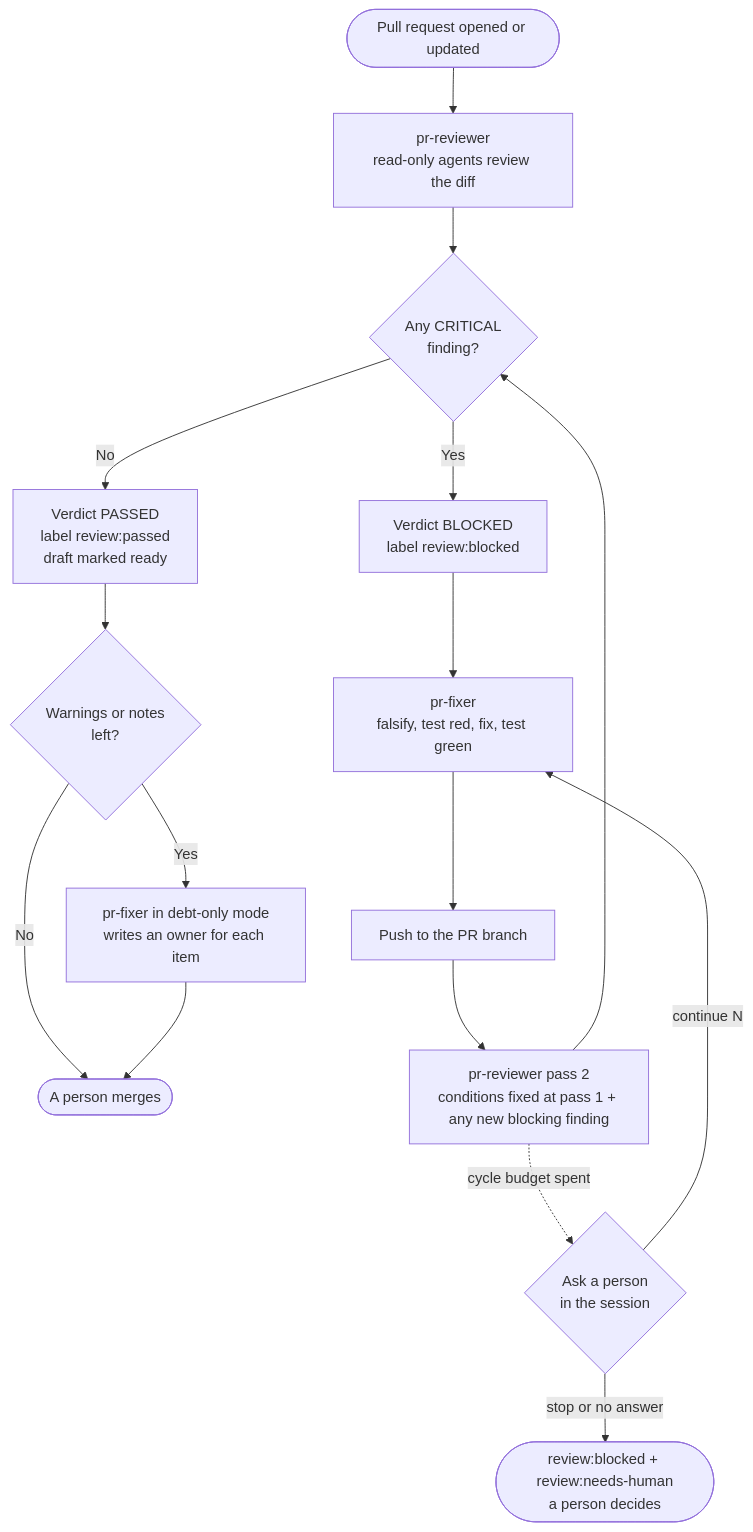
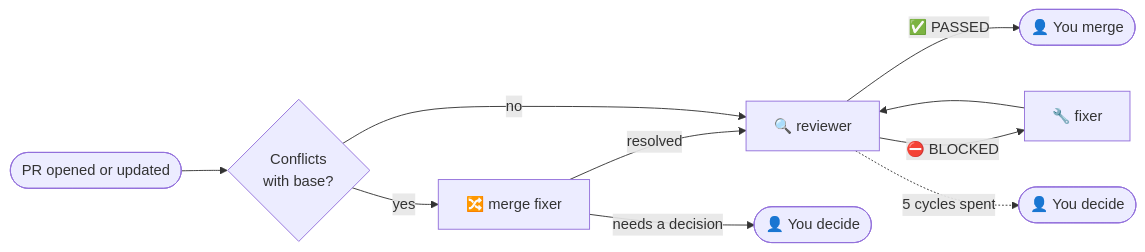
One commit to jonyfs/pr-reviewer-fixer changed the diagram in README.md. Above: the diagram before and after it, drawn with Mermaid. The commit also changed other lines of this file and 47 other files, not shown here.

First line of the commit message:
0.20.0: pr-merge-fixer, clearer reports, new docs and site

````diff
--- a/README.md
+++ b/README.md
@@ -54,18 +29,12 @@
 ```mermaid
-flowchart TD
-    A([Pull request opened or updated]) --> B[pr-reviewer<br/>read-only agents review the diff]
-    B --> C{Any CRITICAL<br/>finding?}
-    C -- No --> D[Verdict PASSED<br/>label review:passed<br/>draft marked ready]
-    C -- Yes --> E[Verdict BLOCKED<br/>label review:blocked]
-    D --> F{Warnings or notes<br/>left?}
-    F -- Yes --> G[pr-fixer in debt-only mode<br/>writes an owner for each item]
-    F -- No --> H([A person merges])
-    G --> H
-    E --> I[pr-fixer<br/>falsify, test red, fix, test green]
-    I --> J[Push to the PR branch]
-    J --> K[pr-reviewer pass 2<br/>conditions fixed at pass 1 + any new blocking finding]
-    K --> C
-    K -. cycle budget spent .-> L{Ask a person<br/>in the session}
-    L -- continue N --> I
-    L -- stop or no answer --> M([review:blocked + review:needs-human<br/>a person decides])
+flowchart LR
+    A([PR opened or updated]) --> B{Conflicts<br/>with base?}
+    B -- yes --> M[🔀 merge fixer]
+    M -- resolved --> R
+    M -- needs a decision --> P1([👤 You decide])
+    B -- no --> R[🔍 reviewer]
+    R -- ✅ PASSED --> D([👤 You merge])
+    R -- ⛔ BLOCKED --> F[🔧 fixer]
+    F --> R
+    R -. 5 cycles spent .-> P2([👤 You decide])
 ```
````
